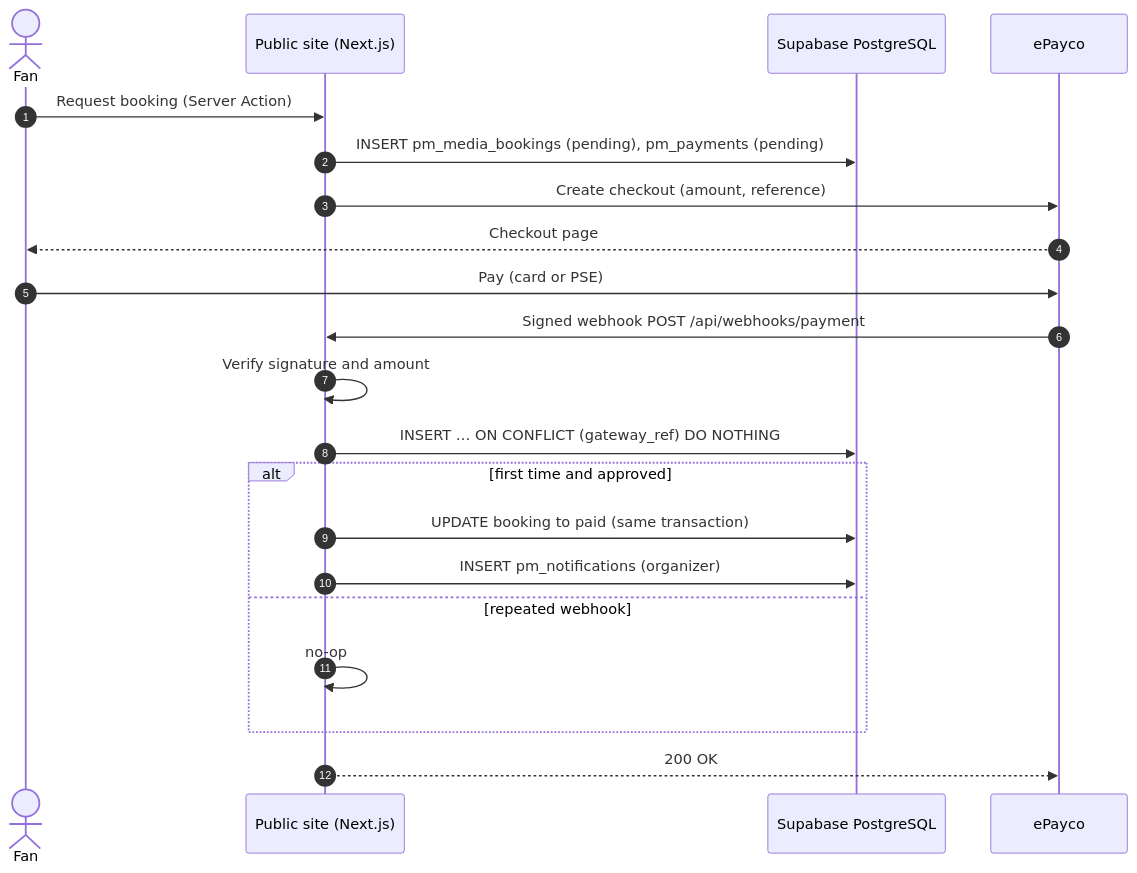
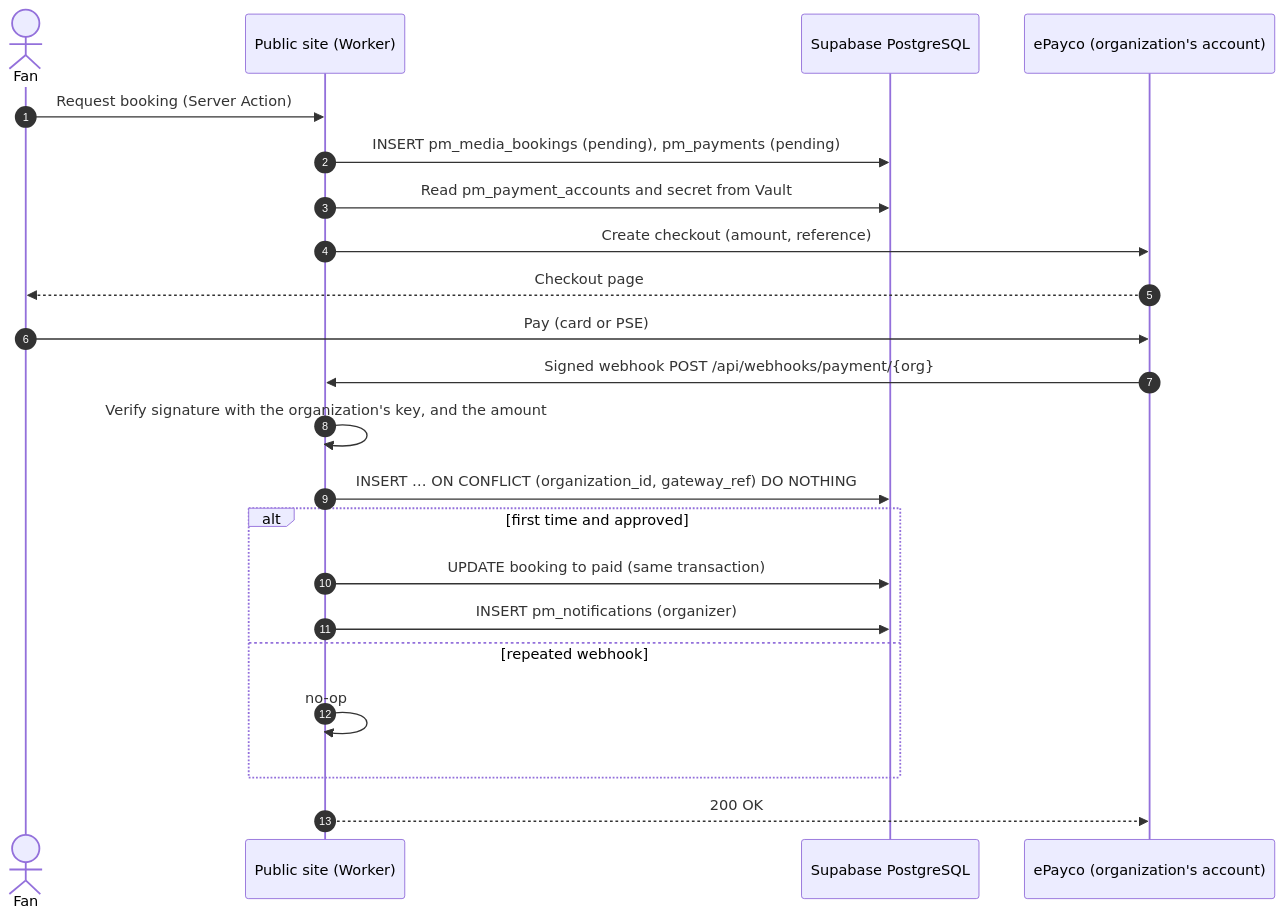
Before and after one commit to hmragencia/ingesoft2-tournament-platform: the sixth of 6 diagrams in Workshop-2/07-architecture.md, drawn with Mermaid. The commit also changed other lines of this file and 20 other files, not shown here.

First line of the commit message:
Unify Workshop 2: explicit architecture style, Cloudflare, white-label

````diff
--- a/Workshop-2/07-architecture.md
+++ b/Workshop-2/07-architecture.md
@@ -143,23 +224,24 @@
 ```mermaid
 sequenceDiagram
   autonumber
   actor Fan
-  participant PS as Public site (Next.js)
+  participant PS as Public site (Worker)
   participant DB as Supabase PostgreSQL
-  participant EP as ePayco
+  participant EP as ePayco (organization's account)
   Fan->>PS: Request booking (Server Action)
   PS->>DB: INSERT pm_media_bookings (pending), pm_payments (pending)
+  PS->>DB: Read pm_payment_accounts and secret from Vault
   PS->>EP: Create checkout (amount, reference)
   EP-->>Fan: Checkout page
   Fan->>EP: Pay (card or PSE)
-  EP->>PS: Signed webhook POST /api/webhooks/payment
-  PS->>PS: Verify signature and amount
-  PS->>DB: INSERT … ON CONFLICT (gateway_ref) DO NOTHING
+  EP->>PS: Signed webhook POST /api/webhooks/payment/{org}
+  PS->>PS: Verify signature with the organization's key, and the amount
+  PS->>DB: INSERT … ON CONFLICT (organization_id, gateway_ref) DO NOTHING
   alt first time and approved
     PS->>DB: UPDATE booking to paid (same transaction)
     PS->>DB: INSERT pm_notifications (organizer)
   else repeated webhook
     PS->>PS: no-op
   end
   PS-->>EP: 200 OK
 ```
````
